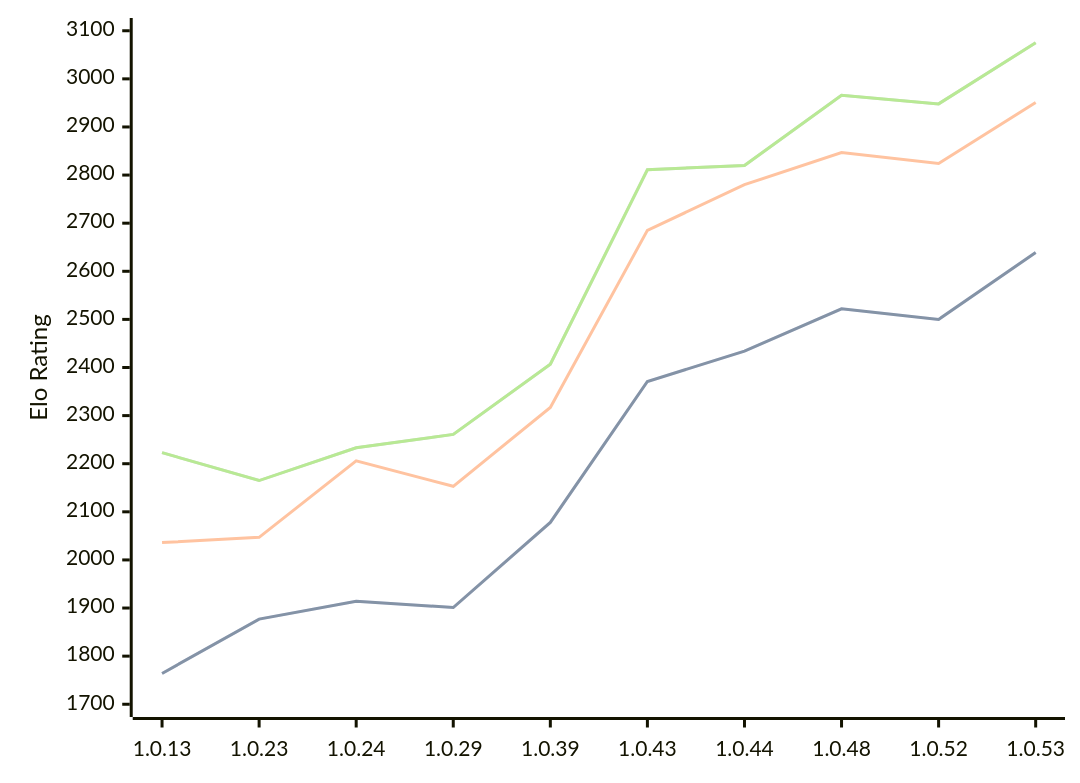
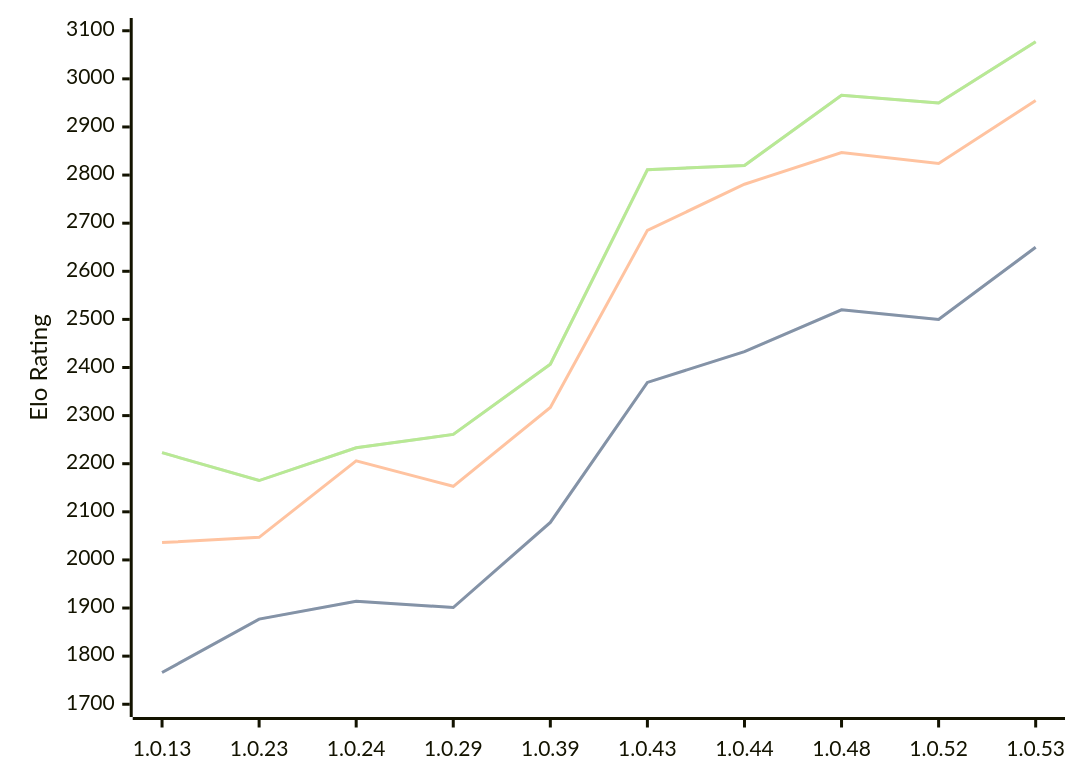
One commit to computer-chess-index/cci changed the diagram in engines/RustyRival.md. Above: the diagram before and after it, drawn with Mermaid. The commit also changed other lines of this file, not shown here.

Commit message:
Update CCI Ratings (ELO VLTC) - 2026-08-19

````diff
--- a/engines/RustyRival.md
+++ b/engines/RustyRival.md
@@ -54,11 +54,11 @@
 ```mermaid
 %%{init: {"theme":"base","themeVariables":{"seriesColors:['#a3a3a3','#222221','#faa371']}}}%%
 xychart-beta
   x-axis ["1.0.13", "1.0.23", "1.0.24", "1.0.29", "1.0.39", "1.0.43", "1.0.44", "1.0.48", "1.0.52", "1.0.53"]
   y-axis "Elo Rating" 1700 --> 3100
-  line "STC (8.0+0.08s)" [1764, 1877, 1914, 1901, 2078, 2371, 2434, 2522, 2500, 2639]
-  line "STC (8.0+0.08s)" [1764, 1877, 1914, 1901, 2078, 2371, 2434, 2522, 2500, 2639]
-  line "LTC (60.0+0.60s)" [2036, 2047, 2206, 2153, 2317, 2685, 2780, 2847, 2824, 2951]
-  line "VLTC (2m24s+1.12s)" [2223, 2165, 2233, 2261, 2407, 2811, 2820, 2966, 2948, 3075]
-  line "VLTC (2m24s+1.12s)" [2223, 2165, 2233, 2261, 2407, 2811, 2820, 2966, 2948, 3075]
+  line "STC (8.0+0.08s)" [1766, 1877, 1914, 1901, 2078, 2369, 2433, 2520, 2500, 2650]
+  line "STC (8.0+0.08s)" [1766, 1877, 1914, 1901, 2078, 2369, 2433, 2520, 2500, 2650]
+  line "LTC (60.0+0.60s)" [2036, 2047, 2206, 2153, 2317, 2685, 2781, 2847, 2824, 2955]
+  line "VLTC (2m24s+1.12s)" [2223, 2165, 2233, 2261, 2407, 2811, 2820, 2966, 2950, 3077]
+  line "VLTC (2m24s+1.12s)" [2223, 2165, 2233, 2261, 2407, 2811, 2820, 2966, 2950, 3077]
 ```
````
